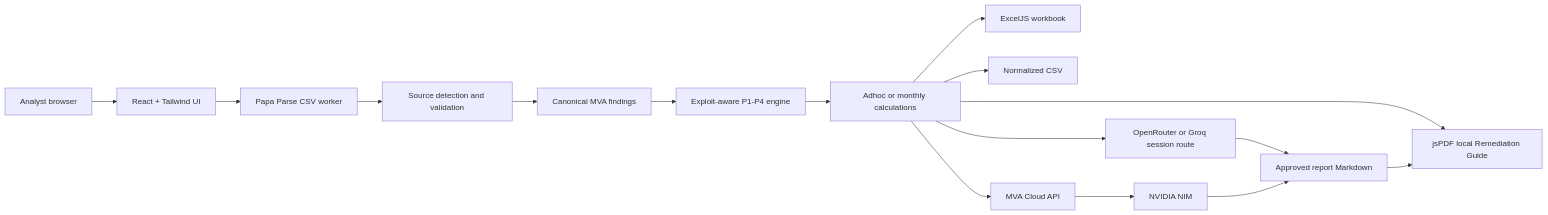
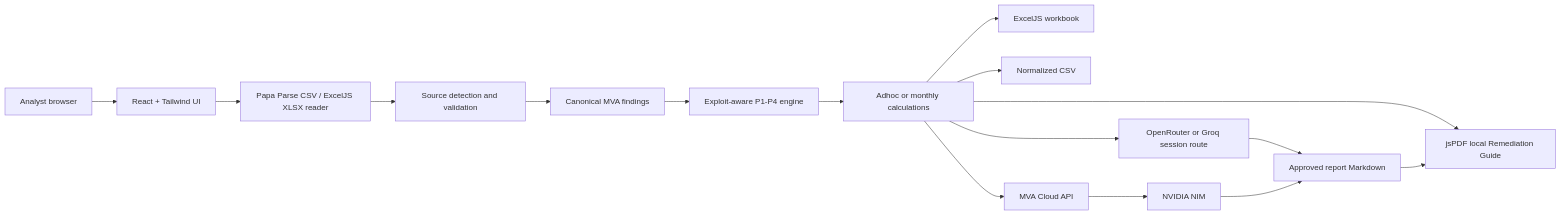
One commit to DrHayabusa/unified-tool changed the diagram in docs/FINAL_PRODUCTION_HANDOVER.md. Above: the diagram before and after it, drawn with Mermaid. The commit also changed other lines of this file and 44 other files, not shown here.

````diff
--- a/docs/FINAL_PRODUCTION_HANDOVER.md
+++ b/docs/FINAL_PRODUCTION_HANDOVER.md
@@ -44,18 +54,18 @@
 ```mermaid
 flowchart LR
   User["Analyst browser"] --> UI["React + Tailwind UI"]
-  UI --> Parser["Papa Parse CSV worker"]
+  UI --> Parser["Papa Parse CSV / ExcelJS XLSX reader"]
   Parser --> Detect["Source detection and validation"]
   Detect --> Normalize["Canonical MVA findings"]
   Normalize --> Priority["Exploit-aware P1-P4 engine"]
   Priority --> Dashboards["Adhoc or monthly calculations"]
   Dashboards --> Excel["ExcelJS workbook"]
   Dashboards --> CSV["Normalized CSV"]
   Dashboards --> LocalPDF["jsPDF local Remediation Guide"]
   Dashboards --> DirectAI["OpenRouter or Groq session route"]
   Dashboards --> CloudAPI["MVA Cloud API"]
   CloudAPI --> NVIDIA["NVIDIA NIM"]
   DirectAI --> Markdown["Approved report Markdown"]
   NVIDIA --> Markdown
   Markdown --> LocalPDF
 ```
````
